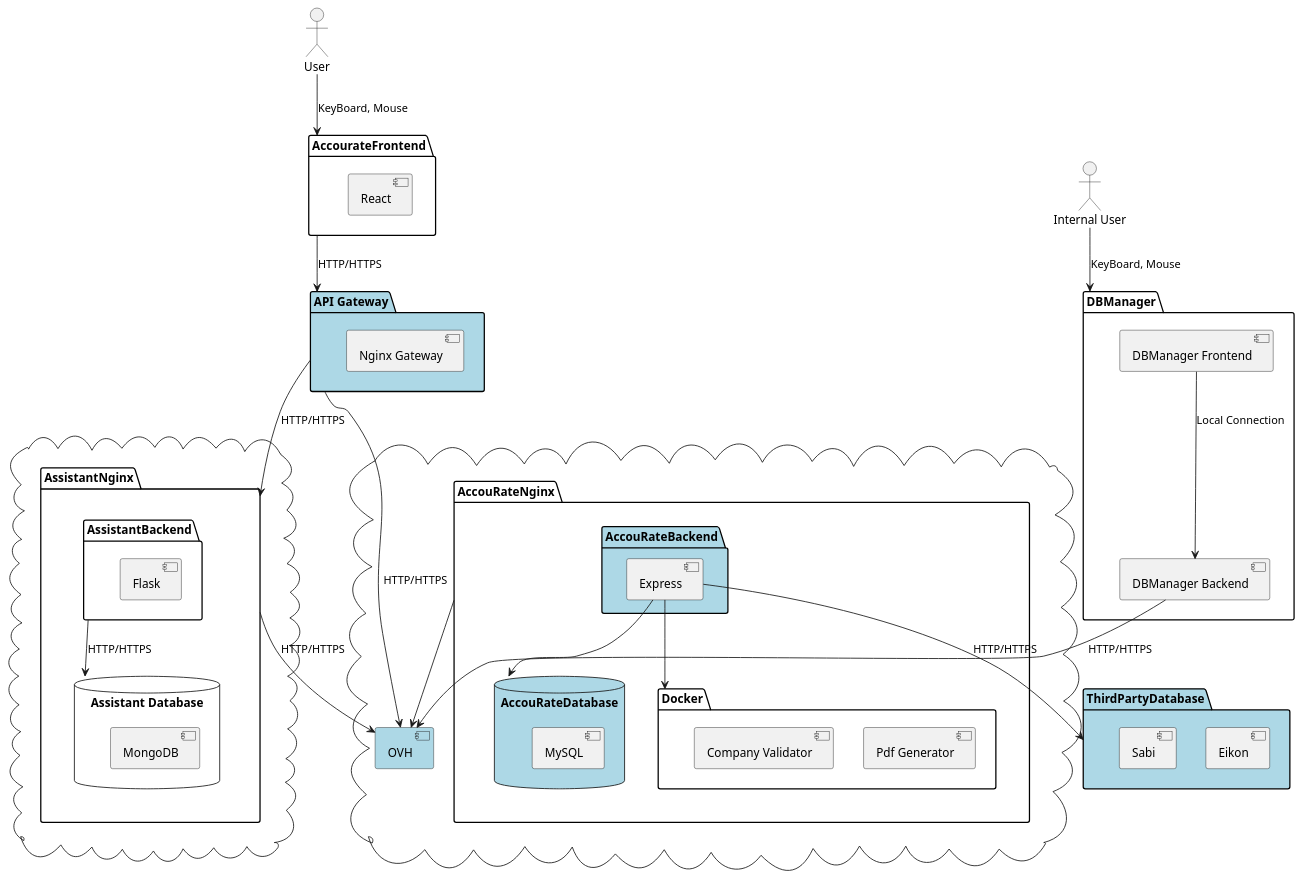
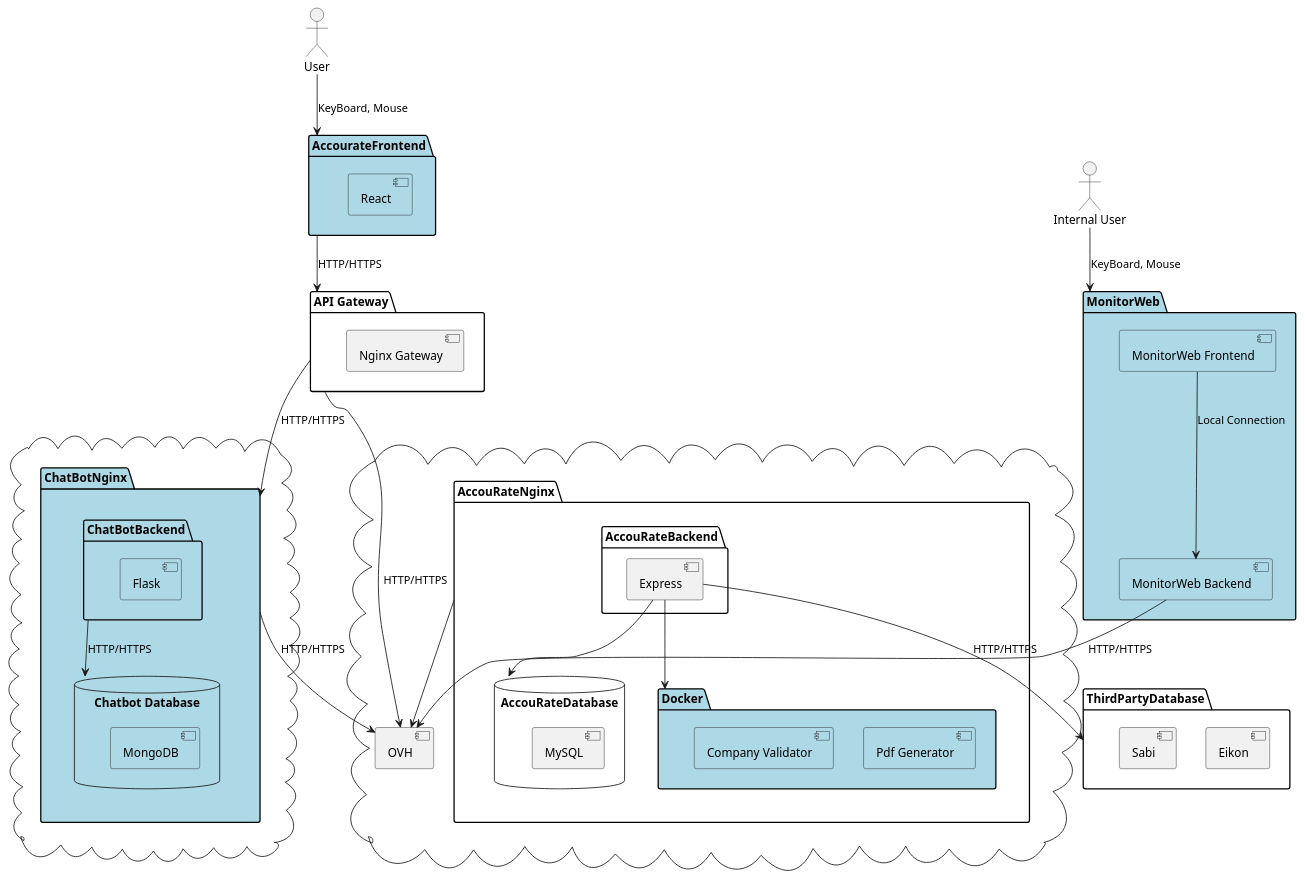
Before and after one commit to Haopeng138/UML: the diagram in DiagramaComponentes.puml, drawn with PlantUML. The commit also changed 1 other file, not shown here.

```diff
--- a/DiagramaComponentes.puml
+++ b/DiagramaComponentes.puml
@@ -1,71 +1,71 @@
 @startuml "Diagrama de Componentes"
 
 
 
 cloud {
-    [OVH] #LightBlue
+    [OVH] 
     package "AccouRateNginx" {
-        folder "AccouRateBackend" #LightBlue{
+        folder "AccouRateBackend" {
             [Express]
         }
-        database "AccouRateDatabase" #LightBlue{
+        database "AccouRateDatabase"{
             [MySQL]
         }
-        folder "Docker" {
-            [Pdf Generator]
-            [Company Validator]
+        folder "Docker" #LightBlue {
+            [Pdf Generator] #LightBlue
+            [Company Validator] #LightBlue
         }
     }
 }
 
 cloud {
-    package "AssistantNginx" {
-        folder "AssistantBackend" {
-            [Flask]
+    package "ChatBotNginx" #LightBlue {
+        folder "ChatBotBackend" #LightBlue {
+            [Flask] #LightBlue
         }
-        database "Assistant Database" {
-            [MongoDB]
+        database "Chatbot Database" #LightBlue {
+            [MongoDB] #LightBlue
         }
     }
 }
 
-package "API Gateway" #LightBlue{
+package "API Gateway" {
     [Nginx Gateway]
 }
 
-package "ThirdPartyDatabase" #LightBlue {
+package "ThirdPartyDatabase"  {
     [Eikon]
     [Sabi]
 }
 
-package "AccourateFrontend" {
-    [React]
+package "AccourateFrontend" #LightBlue {
+    [React] #LightBlue
 }
 
-package "DBManager" {
-    [DBManager Backend]
-    [DBManager Frontend]
+package "MonitorWeb" #LightBlue {
+    [MonitorWeb Backend] #LightBlue
+    [MonitorWeb Frontend] #LightBlue
 }
 
 actor "User" as User
 actor "Internal User" as InternalUser
 
 User --> [AccourateFrontend] : KeyBoard, Mouse
-InternalUser --> [DBManager] : KeyBoard, Mouse
+InternalUser --> [MonitorWeb] : KeyBoard, Mouse
 
 [Express] --> [AccouRateDatabase] 
 [Express] --> [Docker] 
 [Express] --> [ThirdPartyDatabase] : HTTP/HTTPS
 
 [AccouRateNginx] --> [OVH]
 [API Gateway] --> [OVH] : HTTP/HTTPS
 
-[DBManager Frontend] --> [DBManager Backend] : Local Connection
-[DBManager Backend] --> [OVH] : HTTP/HTTPS
+[MonitorWeb Frontend] --> [MonitorWeb Backend] : Local Connection
+[MonitorWeb Backend] --> [OVH] : HTTP/HTTPS
 
 [AccourateFrontend] --> [API Gateway] : HTTP/HTTPS
-[API Gateway] --> [AssistantNginx] : HTTP/HTTPS
-[AssistantBackend] --> [Assistant Database] : HTTP/HTTPS
-[AssistantNginx] --> [OVH] : HTTP/HTTPS
+[API Gateway] --> [ChatBotNginx] : HTTP/HTTPS
+[ChatBotBackend] --> [Chatbot Database] : HTTP/HTTPS
+[ChatBotNginx] --> [OVH] : HTTP/HTTPS
 
 @enduml
```
